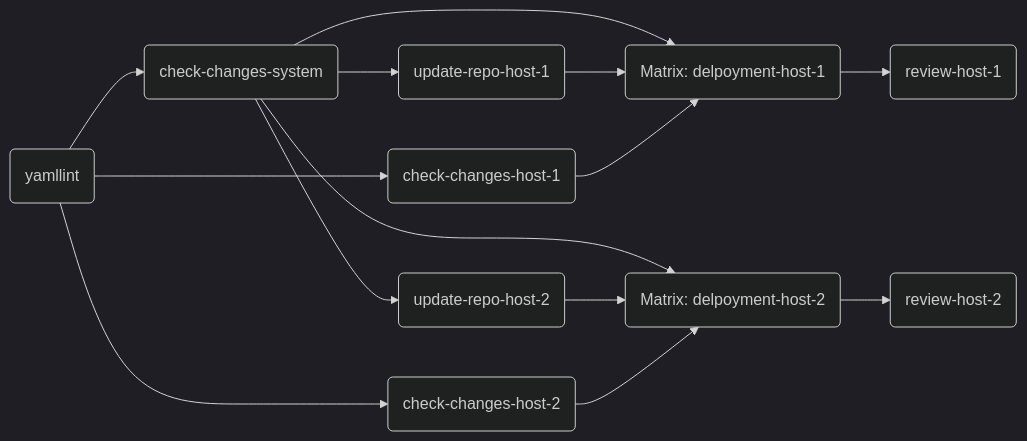
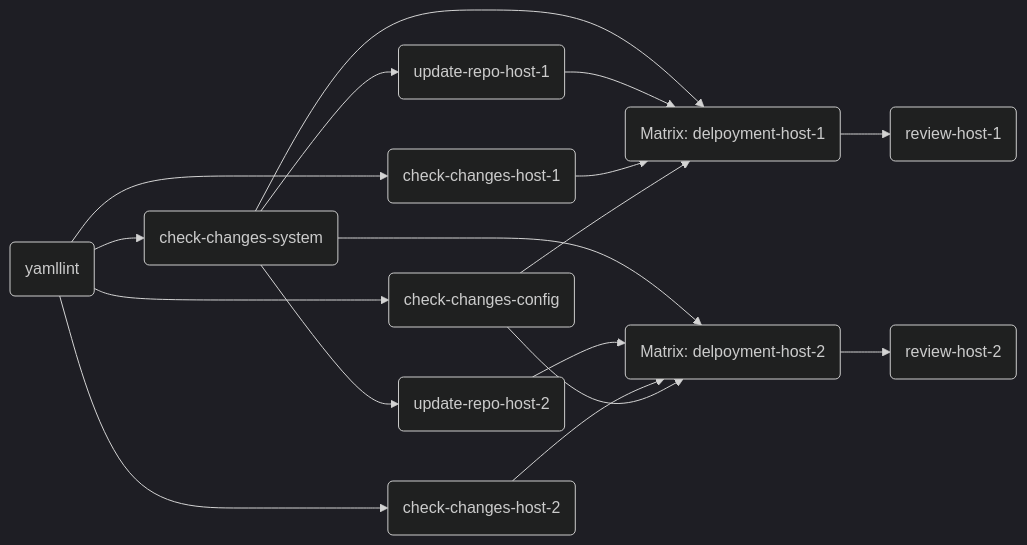
The diagram in README.md (simonhoellein/GitOps-docker), drawn with Mermaid (dark theme) before and after one commit. The commit also changed 1 other file, not shown here.

Commit message:
fix newrelic change tracking and add container restart based on config file changes

````diff
--- a/README.md
+++ b/README.md
@@ -20,17 +20,20 @@
 ```mermaid
 flowchart LR
     id1(yamllint) --> id2(check-changes-system)
     id1 --> id3(check-changes-host-1)
     id1 --> id4(check-changes-host-2)
+    id1 --> id11(check-changes-config)
     id2 --> id5(update-repo-host-1)
     id2 --> id6(update-repo-host-2)
     id2 --> id7(Matrix: delpoyment-host-1)
     id2 --> id8(Matrix: delpoyment-host-2)
     id5 --> id7
     id3 --> id7
+    id11 --> id7
     id6 --> id8
     id4 --> id8
+    id11 --> id8
     id7 --> id9(review-host-1)
     id8 --> id10(review-host-2)
 
 ```
````
